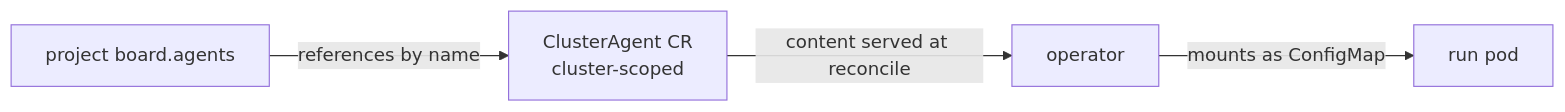
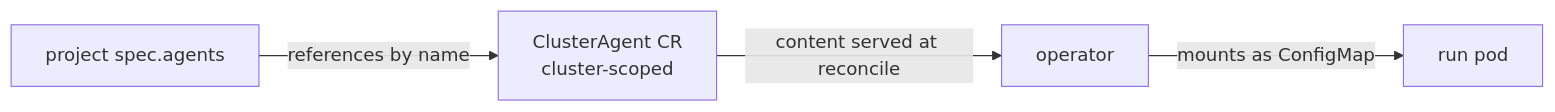
The third of 6 diagrams in README.md (erkkaha/percussionist), drawn with Mermaid before and after one commit. The commit also changed other lines of this file and 81 other files, not shown here.

````diff
--- a/README.md
+++ b/README.md
@@ -266,7 +269,7 @@
 ```mermaid
 flowchart LR
     CA[ClusterAgent CR\ncluster-scoped] -->|content served at reconcile| OP[operator]
     OP -->|mounts as ConfigMap| POD[run pod]
 
-    BOARD[project board.agents] -->|references by name| CA
+    BOARD[project spec.agents] -->|references by name| CA
 ```
````
